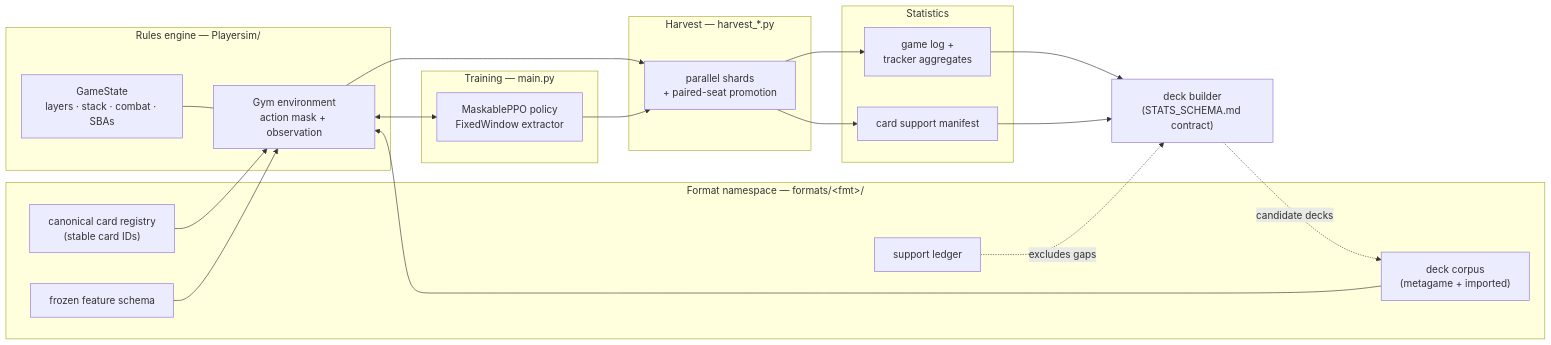
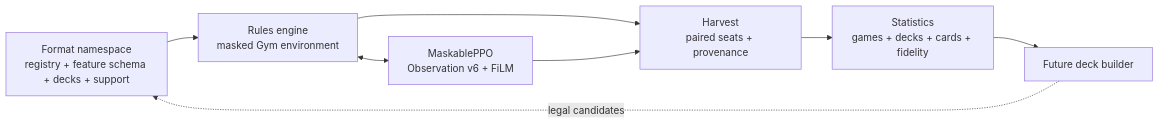
Before and after one commit to CarterRock49/MTG-AI-Project: the diagram in README.md, drawn with Mermaid. The commit also changed other lines of this file and 1 other file, not shown here.

Commit message:
updated readme and roadmap

````diff
--- a/README.md
+++ b/README.md
@@ -67,36 +48,17 @@
 ```mermaid
 flowchart LR
-    subgraph Engine["Rules engine — Playersim/"]
-        GS["GameState<br/>layers · stack · combat · SBAs"]
-        ENV["Gym environment<br/>action mask + observation"]
-        GS --- ENV
-    end
-    subgraph Data["Format namespace — formats/&lt;fmt&gt;/"]
-        REG["canonical card registry<br/>(stable card IDs)"]
-        SCH["frozen feature schema"]
-        DECKS["deck corpus<br/>(metagame + imported)"]
-        LED["support ledger"]
-    end
-    subgraph Learn["Training — main.py"]
-        POL["MaskablePPO policy<br/>FixedWindow extractor"]
-    end
-    subgraph Harvest["Harvest — harvest_*.py"]
-        HV["parallel shards<br/>+ paired-seat promotion"]
-    end
-    subgraph Stats["Statistics"]
-        LOG["game log +<br/>tracker aggregates"]
-        MAN["card support manifest"]
-    end
-    REG --> ENV
-    SCH --> ENV
-    DECKS --> ENV
-    ENV <--> POL
-    ENV --> HV
-    POL --> HV
-    HV --> LOG
-    HV --> MAN
-    LOG --> BUILD["deck builder<br/>(STATS_SCHEMA.md contract)"]
-    MAN --> BUILD
-    LED -. excludes gaps .-> BUILD
-    BUILD -. candidate decks .-> DECKS
+    F["Format namespace<br/>registry + feature schema + decks + support"]
+    E["Rules engine<br/>masked Gym environment"]
+    P["MaskablePPO<br/>Observation v6 + FiLM"]
+    H["Harvest<br/>paired seats + provenance"]
+    S["Statistics<br/>games + decks + cards + fidelity"]
+    B["Future deck builder"]
+
+    F --> E
+    E <--> P
+    E --> H
+    P --> H
+    H --> S
+    S --> B
+    B -. legal candidates .-> F
 ```
````
